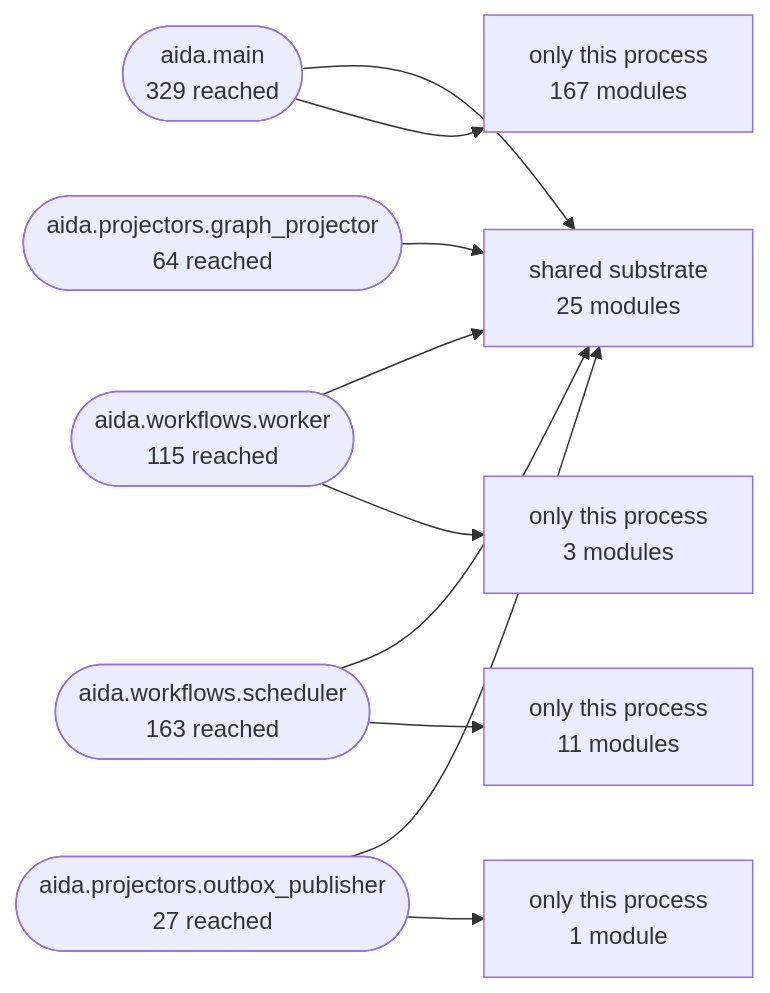
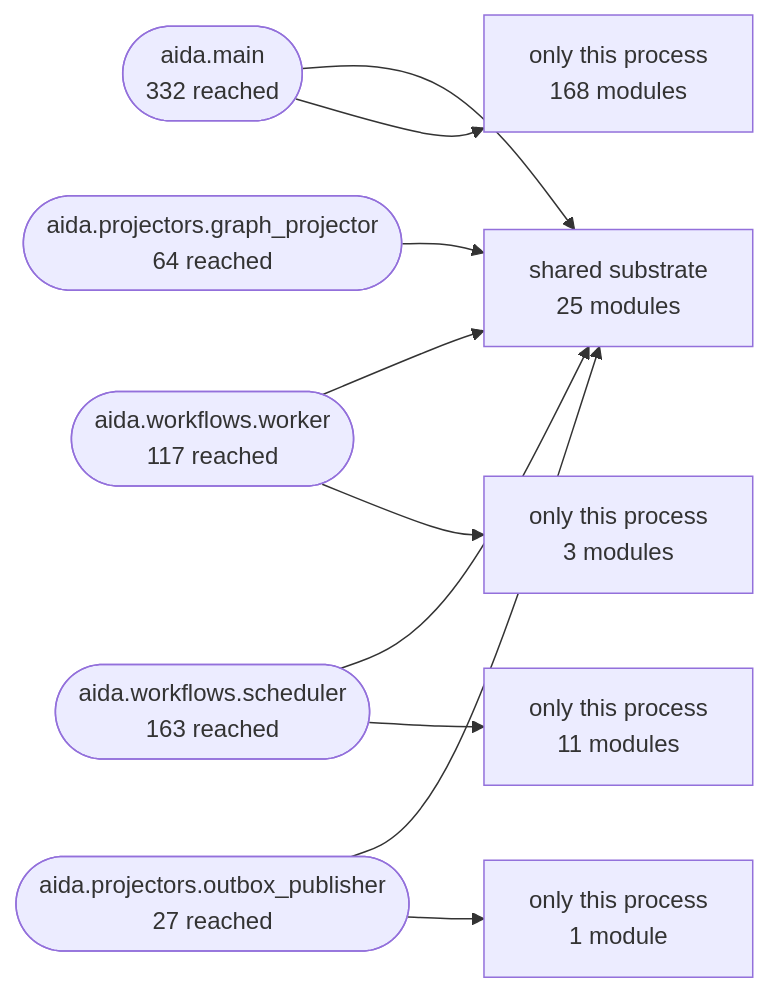
Before and after one commit to karuppusamym/AIDataAnalyst: the second of 3 diagrams in Docs/10-architecture/14-generated-architecture-map.md, drawn with Mermaid. The commit also changed other lines of this file and 22 other files, not shown here.

````diff
--- a/Docs/10-architecture/14-generated-architecture-map.md
+++ b/Docs/10-architecture/14-generated-architecture-map.md
@@ -172,22 +172,22 @@
 ```mermaid
 graph LR
   shared["shared substrate<br/>25 modules"]
-  aida_main(["aida.main<br/>329 reached"])
-  aida_workflows_worker(["aida.workflows.worker<br/>115 reached"])
+  aida_main(["aida.main<br/>332 reached"])
+  aida_workflows_worker(["aida.workflows.worker<br/>117 reached"])
   aida_workflows_scheduler(["aida.workflows.scheduler<br/>163 reached"])
   aida_projectors_graph_projector(["aida.projectors.graph_projector<br/>64 reached"])
   aida_projectors_outbox_publisher(["aida.projectors.outbox_publisher<br/>27 reached"])
   aida_main --> shared
-  only_aida_main["only this process<br/>167 modules"]
+  only_aida_main["only this process<br/>168 modules"]
   aida_main --> only_aida_main
   aida_workflows_worker --> shared
   only_aida_workflows_worker["only this process<br/>3 modules"]
   aida_workflows_worker --> only_aida_workflows_worker
   aida_workflows_scheduler --> shared
   only_aida_workflows_scheduler["only this process<br/>11 modules"]
   aida_workflows_scheduler --> only_aida_workflows_scheduler
   aida_projectors_graph_projector --> shared
   aida_projectors_outbox_publisher --> shared
   only_aida_projectors_outbox_publisher["only this process<br/>1 module"]
   aida_projectors_outbox_publisher --> only_aida_projectors_outbox_publisher
 ```
````
